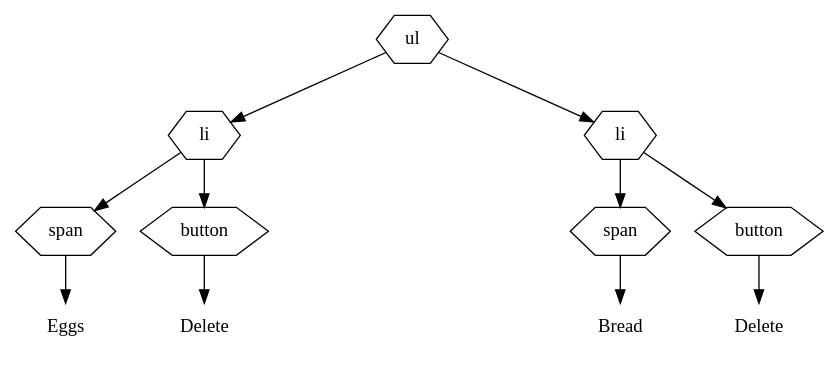
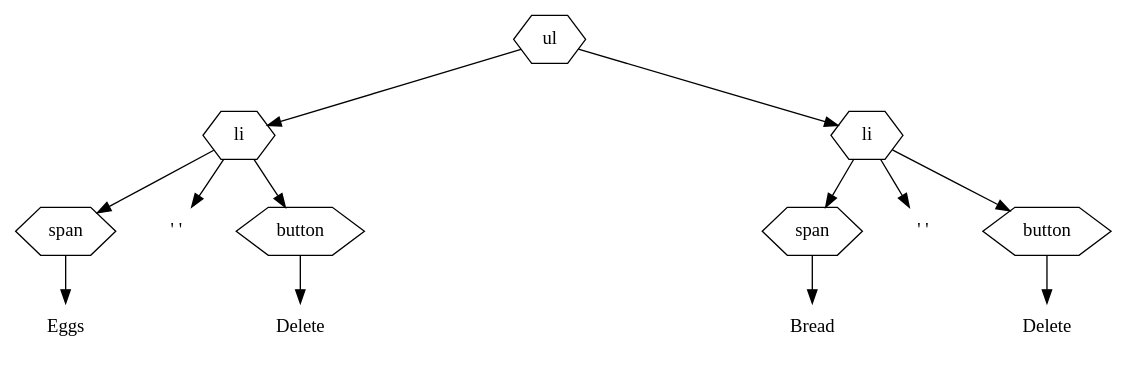
One commit to nikclayton/web-courseware changed the fourth of 17 diagrams in courseware/week2/shopping/shopping.org. Above: the diagram before and after it, drawn with Graphviz. The commit also changed other lines of this file and 2 other files, not shown here.

Commit message:
Include the blank space between the item and the delete button.

```diff
--- a/courseware/week2/shopping/shopping.org
+++ b/courseware/week2/shopping/shopping.org
@@ -1217,43 +1240,49 @@
 #+BEGIN_SRC dot :file list-item-graph4.svg :cmdline -Tsvg -Gstylesheet=../../graphviz.css
  digraph G {
    node [shape="hexagon"];
 
    ul -> li1;
    ul -> li2 [style=invis];
    ul -> li3;
 
    li1 [label="li"];
    li1 -> span1;
+   li1 -> space1;
    li1 -> button1;
 
    span1 [label="span"];
    span1 -> span_content1;
    span_content1 [label="Eggs" shape=none];
+   space1 [label="' '" shape=none]
    button1 [label="button"];
    button1 -> button_content1;
    button_content1 [label="Delete" shape=none];
 
    li2 [label="li" style=invis];
 
    li2 -> span2 [style=invis];
+   li2 -> space2 [style=invis];
    li2 -> button2 [style=invis];
 
    span2 [label="span" style=invis];
    span2 -> span_content2 [style=invis];
    span_content2 [label="Milk" style=invis shape=none];
+   space2 [label="' '" style=invis shape=none];
    button2 [label="button" style=invis];
    button2 -> button_content2 [style=invis];
    button_content2 [label="Delete" style=invis shape=none];
 
    li3 [label="li"];
    li3 -> span3
+   li3 -> space3
    li3 -> button3
 
    span3 [label="span"];
    span3 -> span_content3;
    span_content3 [label="Bread" shape=none];
+   space3 [label="' '" shape=none];
    button3 [label="button"];
    button3 -> button_content3;
    button_content3 [label="Delete" shape=none];
  }
  #+END_SRC
```
